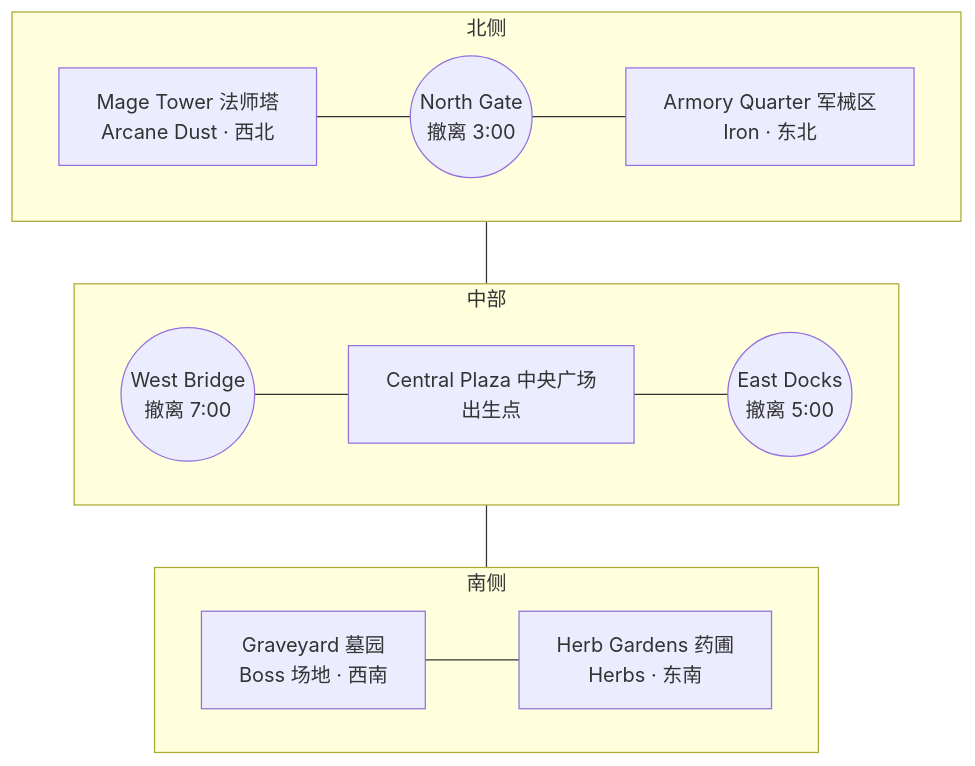
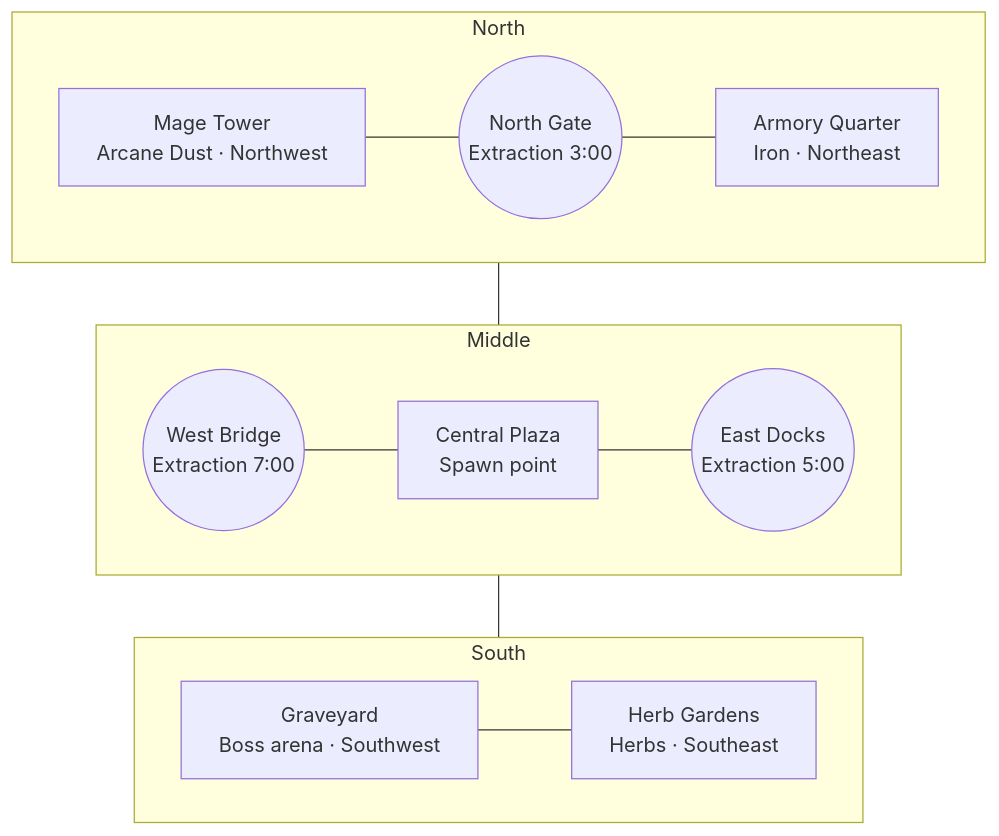
One commit to Huangyu-Shen/2026-epic-gamejam changed the diagram in design/gdd/map-level.md. Above: the diagram before and after it, drawn with Mermaid. The commit also changed other lines of this file and 33 other files, not shown here.

````diff
--- a/design/gdd/map-level.md
+++ b/design/gdd/map-level.md
@@ -35,13 +35,13 @@
 ```mermaid
 flowchart TB
-  subgraph N[北侧]
-    MT[Mage Tower 法师塔<br/>Arcane Dust · 西北] --- NG((North Gate<br/>撤离 3:00)) --- AQ[Armory Quarter 军械区<br/>Iron · 东北]
+  subgraph N[North]
+    MT[Mage Tower<br/>Arcane Dust · Northwest] --- NG((North Gate<br/>Extraction 3:00)) --- AQ[Armory Quarter<br/>Iron · Northeast]
   end
-  subgraph M[中部]
-    WB((West Bridge<br/>撤离 7:00)) --- CP[Central Plaza 中央广场<br/>出生点] --- ED((East Docks<br/>撤离 5:00))
+  subgraph M[Middle]
+    WB((West Bridge<br/>Extraction 7:00)) --- CP[Central Plaza<br/>Spawn point] --- ED((East Docks<br/>Extraction 5:00))
   end
-  subgraph S[南侧]
-    GY[Graveyard 墓园<br/>Boss 场地 · 西南] --- HG[Herb Gardens 药圃<br/>Herbs · 东南]
+  subgraph S[South]
+    GY[Graveyard<br/>Boss arena · Southwest] --- HG[Herb Gardens<br/>Herbs · Southeast]
   end
   N --- M --- S
 ```
````
